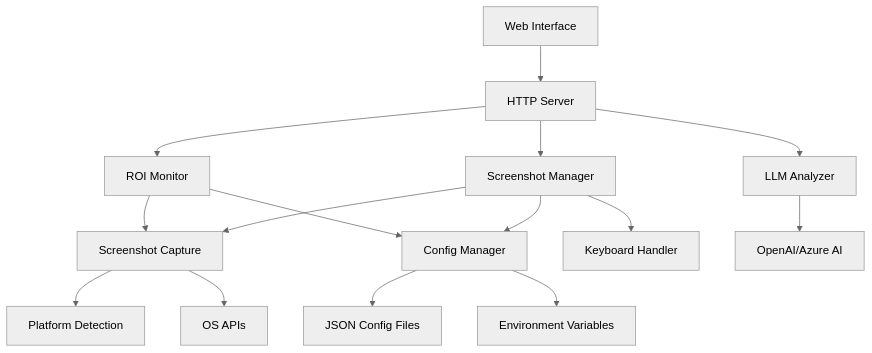
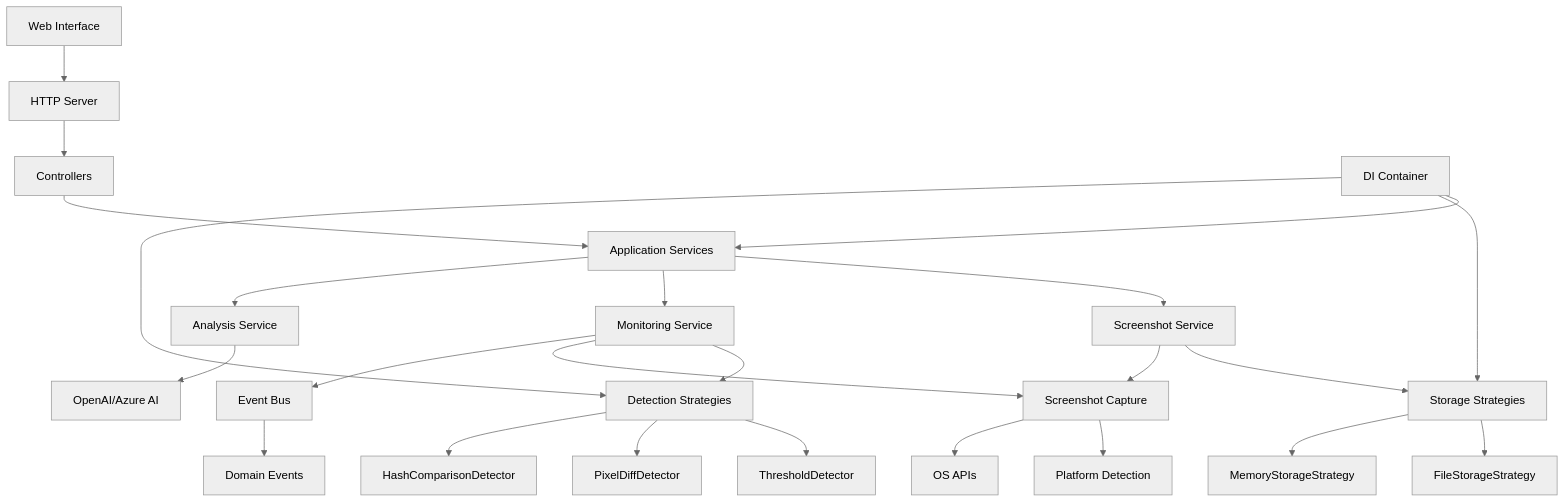
Before and after one commit to iAli61/screenAgent: the diagram in docs/Design.md, drawn with Mermaid (neutral theme). The commit also changed other lines of this file and 135 other files, not shown here.

First line of the commit message:
feat: Implement Screenshot Controller with CRUD operations and analysis features

````diff
--- a/docs/Design.md
+++ b/docs/Design.md
@@ -93,22 +97,35 @@
 ```mermaid
 graph TB
     A[Web Interface] --> B[HTTP Server]
-    B --> C[Screenshot Manager]
-    B --> D[ROI Monitor]
-    B --> E[LLM Analyzer]
+    B --> C[Controllers]
+    C --> D[Application Services]
     
-    C --> F[Screenshot Capture]
-    C --> G[Config Manager]
-    C --> H[Keyboard Handler]
+    D --> E[Screenshot Service]
+    D --> F[Monitoring Service]
+    D --> G[Analysis Service]
     
-    D --> F
-    D --> G
+    E --> H[Storage Strategies]
+    F --> I[Detection Strategies]
     
-    F --> I[Platform Detection]
-    F --> J[OS APIs]
+    I --> J[ThresholdDetector]
+    I --> K[PixelDiffDetector]
+    I --> L[HashComparisonDetector]
     
-    E --> K[OpenAI/Azure AI]
+    H --> M[FileStorageStrategy]
+    H --> N[MemoryStorageStrategy]
     
-    G --> L[JSON Config Files]
-    G --> M[Environment Variables]
+    E --> O[Screenshot Capture]
+    F --> O
+    
+    O --> P[Platform Detection]
+    O --> Q[OS APIs]
+    
+    G --> R[OpenAI/Azure AI]
+    
+    S[DI Container] --> D
+    S --> H
+    S --> I
+    
+    T[Event Bus] --> U[Domain Events]
+    F --> T
 ```
````
